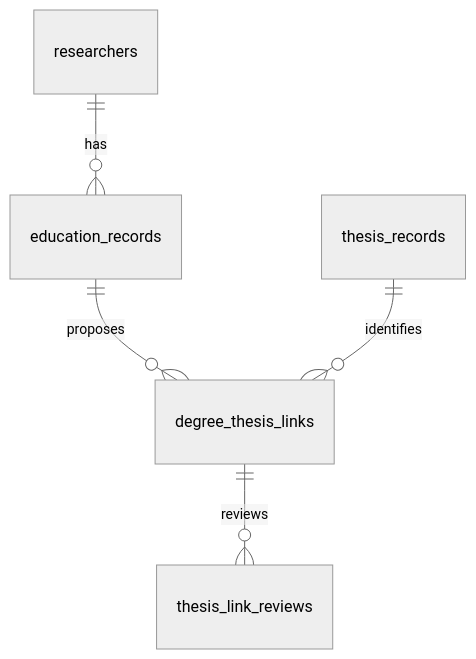
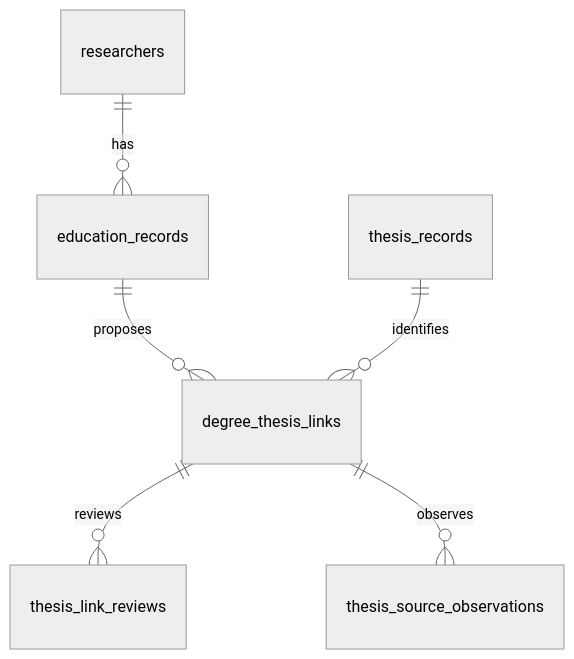
One commit to Gahyoun/professor-research-career-dashboard changed the diagram in docs/THESIS_LINKAGE.md. Above: the diagram before and after it, drawn with Mermaid (neutral theme). The commit also changed other lines of this file and 6 other files, not shown here.

````diff
--- a/docs/THESIS_LINKAGE.md
+++ b/docs/THESIS_LINKAGE.md
@@ -5,7 +5,8 @@
 ```mermaid
 erDiagram
     researchers ||--o{ education_records : has
     education_records ||--o{ degree_thesis_links : proposes
     thesis_records ||--o{ degree_thesis_links : identifies
     degree_thesis_links ||--o{ thesis_link_reviews : reviews
+    degree_thesis_links ||--o{ thesis_source_observations : observes
 ```
````
